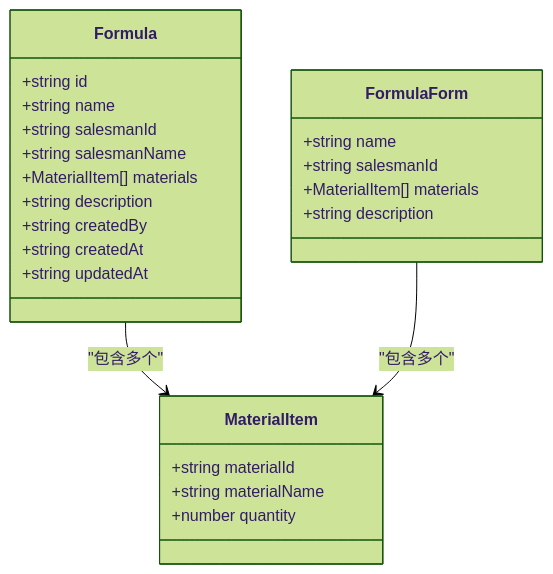
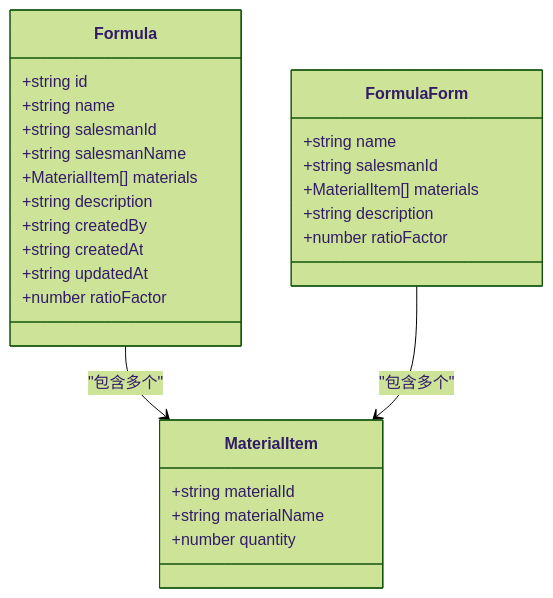
Before and after one commit to xpretycn/TingStudio: the fifth of 8 diagrams in .qoder/repowiki/zh/content/数据库设计/表结构详解/配方表 (formulas).md, drawn with Mermaid (forest theme). The commit also changed other lines of this file and 26 other files, not shown here.

First line of the commit message:
docs(api): 更新文档支持移除和新增 ratioFactor 参数

````diff
--- a/.qoder/repowiki/zh/content/数据库设计/表结构详解/配方表 (formulas).md
+++ b/.qoder/repowiki/zh/content/数据库设计/表结构详解/配方表 (formulas).md
@@ -179,27 +201,29 @@
 ```mermaid
 classDiagram
 class MaterialItem {
 +string materialId
 +string materialName
 +number quantity
 }
 class Formula {
 +string id
 +string name
 +string salesmanId
 +string salesmanName
 +MaterialItem[] materials
 +string description
 +string createdBy
 +string createdAt
 +string updatedAt
++number ratioFactor
 }
 class FormulaForm {
 +string name
 +string salesmanId
 +MaterialItem[] materials
 +string description
++number ratioFactor
 }
 Formula --> MaterialItem : "包含多个"
 FormulaForm --> MaterialItem : "包含多个"
 ```
````
